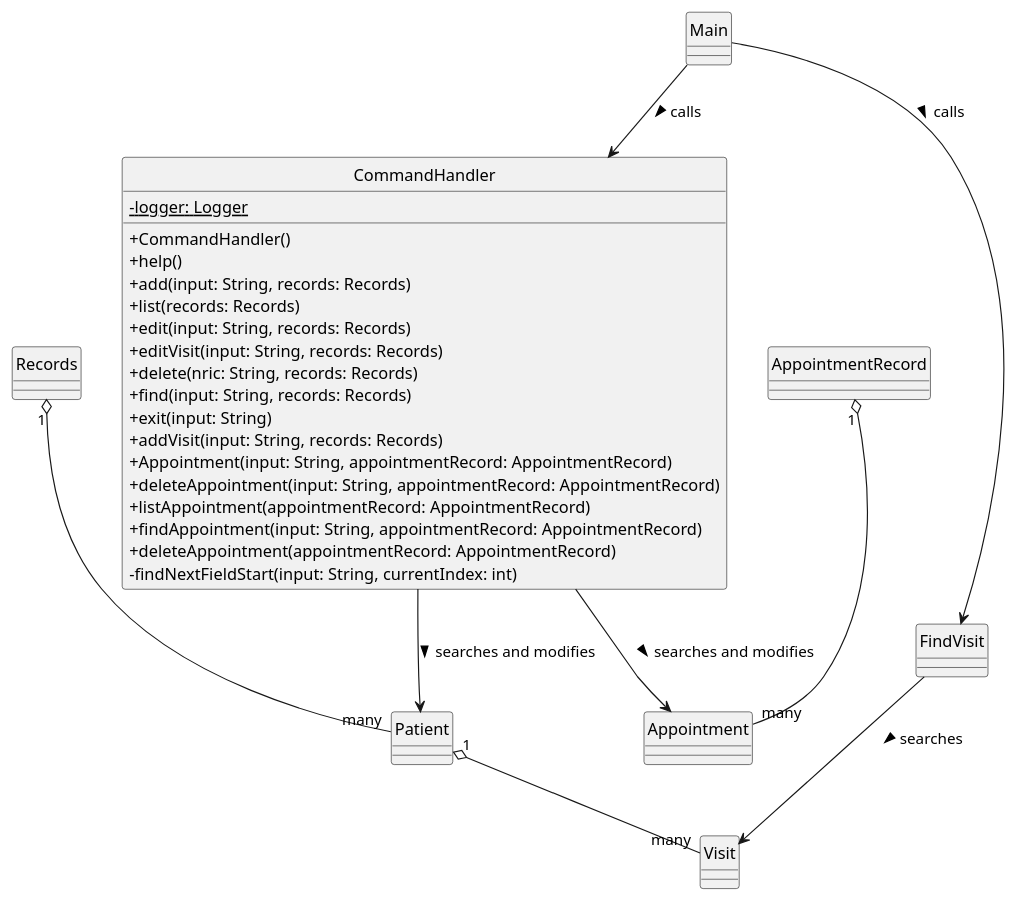
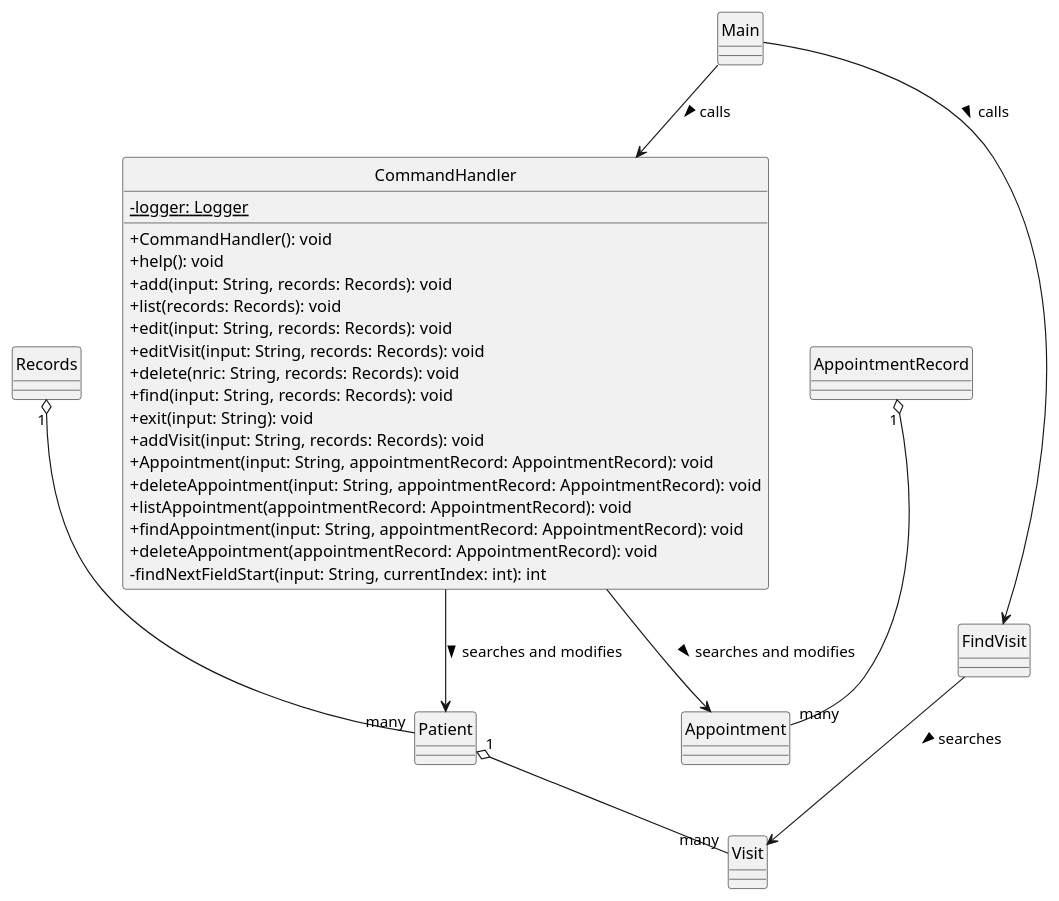
One commit to yentheng0110/tp changed the diagram in docs/CommandHandler.puml. Above: the diagram before and after it, drawn with PlantUML.

Commit message:
added back return types e.g. ": void" and ": int" for "CommandHandler" class diagram

```diff
--- a/docs/CommandHandler.puml
+++ b/docs/CommandHandler.puml
@@ -1,50 +1,50 @@
 @startuml
 'https://plantuml.com/class-diagram
 skinparam classAttributeIconSize 0
 hide circle
 
 class CommandHandler {
 -{static} logger: Logger
-+CommandHandler()
-+help()
-+add(input: String, records: Records)
-+list(records: Records)
-+edit(input: String, records: Records)
-+editVisit(input: String, records: Records)
-+delete(nric: String, records: Records)
-+find(input: String, records: Records)
-+exit(input: String)
-+addVisit(input: String, records: Records)
-+Appointment(input: String, appointmentRecord: AppointmentRecord)
-+deleteAppointment(input: String, appointmentRecord: AppointmentRecord)
-+listAppointment(appointmentRecord: AppointmentRecord)
-+findAppointment(input: String, appointmentRecord: AppointmentRecord)
-+deleteAppointment(appointmentRecord: AppointmentRecord)
--findNextFieldStart(input: String, currentIndex: int)
++CommandHandler(): void
++help(): void
++add(input: String, records: Records): void
++list(records: Records): void
++edit(input: String, records: Records): void
++editVisit(input: String, records: Records): void
++delete(nric: String, records: Records): void
++find(input: String, records: Records): void
++exit(input: String): void
++addVisit(input: String, records: Records): void
++Appointment(input: String, appointmentRecord: AppointmentRecord): void
++deleteAppointment(input: String, appointmentRecord: AppointmentRecord): void
++listAppointment(appointmentRecord: AppointmentRecord): void
++findAppointment(input: String, appointmentRecord: AppointmentRecord): void
++deleteAppointment(appointmentRecord: AppointmentRecord): void
+-findNextFieldStart(input: String, currentIndex: int): int
 }
 
 class Patient {
 }
 
 class Visit {
 }
 
 class Main {
 }
 
 class Records {
 }
 
 class AppointmentRecord {
 }
 
 CommandHandler --> Appointment : searches and modifies >
 AppointmentRecord "1" o-- "many" Appointment
 Main --> CommandHandler : calls >
 Main --> FindVisit : calls >
 CommandHandler --> Patient : searches and modifies >
 FindVisit --> Visit : searches >
 Records "1" o-- "many" Patient
 Patient "1" o-- "many" Visit
 
 @enduml
```
